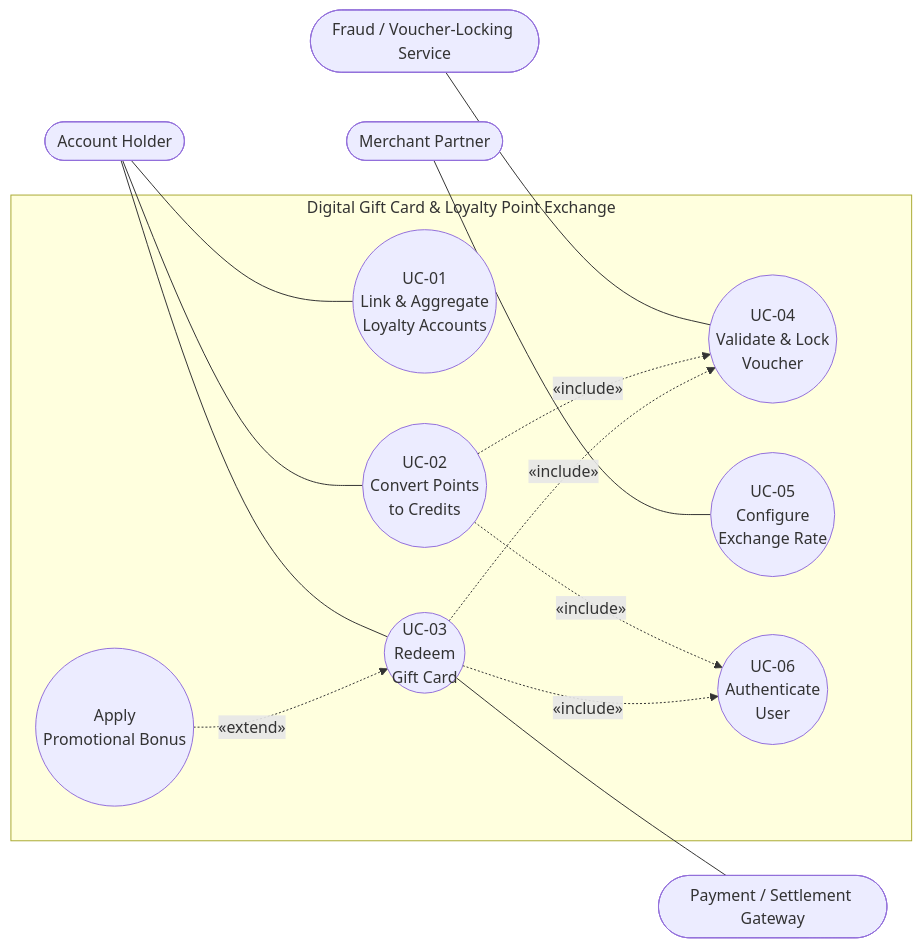
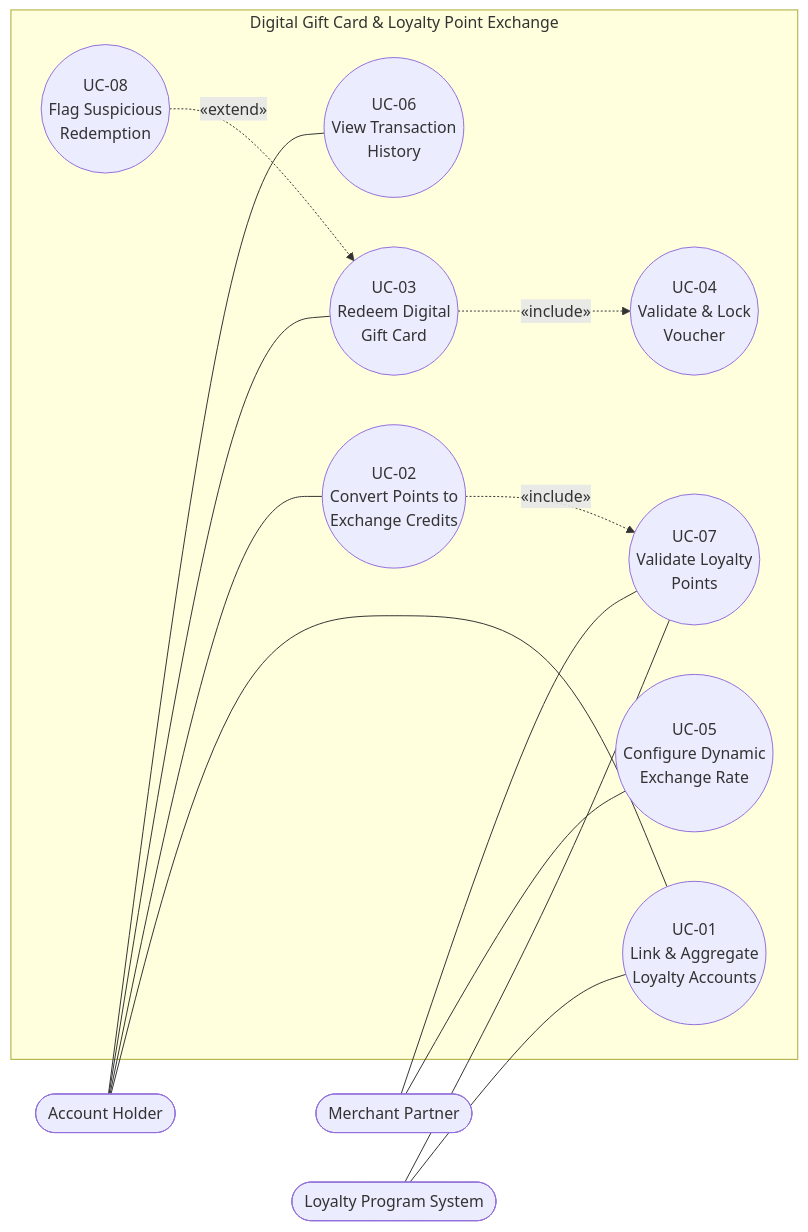
One commit to ReachKashvi/SE_PES1UG24CS221_Lab_GiftCard changed the diagram in UseCase_Diagram.md. Above: the diagram before and after it, drawn with Mermaid. The commit also changed other lines of this file and 13 other files, not shown here.

First line of the commit message:
Rework to match Problem #34 scenario: correct actors/use cases, include/extend, simplified UC-03 flow; add rendered PNG/PDF diagrams

````diff
--- a/UseCase_Diagram.md
+++ b/UseCase_Diagram.md
@@ -17,30 +30,30 @@
 ```mermaid
 flowchart LR
     AH([Account Holder])
     MP([Merchant Partner])
-    FS([Fraud / Voucher-Locking Service])
-    PG([Payment / Settlement Gateway])
+    LPS([Loyalty Program System])
 
     subgraph System["Digital Gift Card & Loyalty Point Exchange"]
         UC1(("UC-01<br/>Link & Aggregate<br/>Loyalty Accounts"))
-        UC2(("UC-02<br/>Convert Points<br/>to Credits"))
-        UC3(("UC-03<br/>Redeem<br/>Gift Card"))
+        UC2(("UC-02<br/>Convert Points to<br/>Exchange Credits"))
+        UC3(("UC-03<br/>Redeem Digital<br/>Gift Card"))
         UC4(("UC-04<br/>Validate & Lock<br/>Voucher"))
-        UC5(("UC-05<br/>Configure<br/>Exchange Rate"))
-        UC6(("UC-06<br/>Authenticate<br/>User"))
-        UCX(("Apply<br/>Promotional Bonus"))
+        UC5(("UC-05<br/>Configure Dynamic<br/>Exchange Rate"))
+        UC6(("UC-06<br/>View Transaction<br/>History"))
+        UC7(("UC-07<br/>Validate Loyalty<br/>Points"))
+        UC8(("UC-08<br/>Flag Suspicious<br/>Redemption"))
     end
 
     AH --- UC1
     AH --- UC2
     AH --- UC3
+    AH --- UC6
     MP --- UC5
-    FS --- UC4
-    UC3 --- PG
+    MP --- UC7
+    LPS --- UC1
+    LPS --- UC7
 
-    UC2 -. "«include»" .-> UC4
+    UC2 -. "«include»" .-> UC7
     UC3 -. "«include»" .-> UC4
-    UC2 -. "«include»" .-> UC6
-    UC3 -. "«include»" .-> UC6
-    UCX -. "«extend»" .-> UC3
+    UC8 -. "«extend»" .-> UC3
 ```
````
